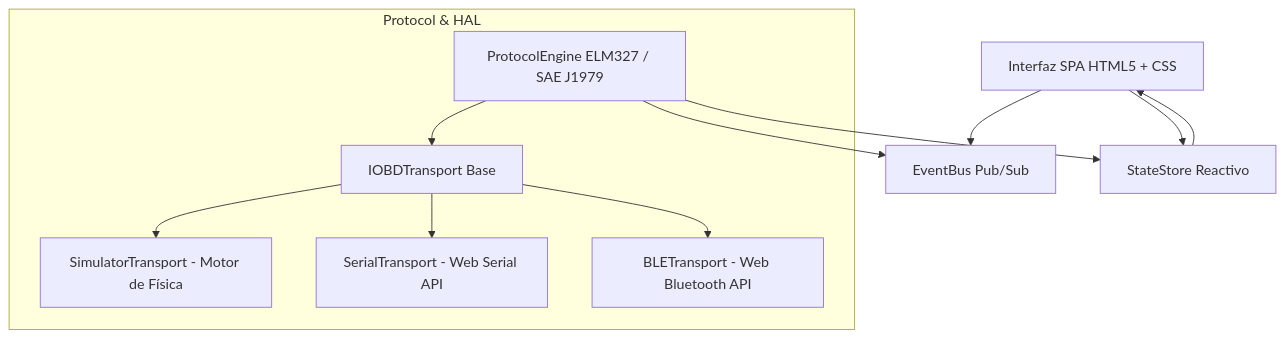
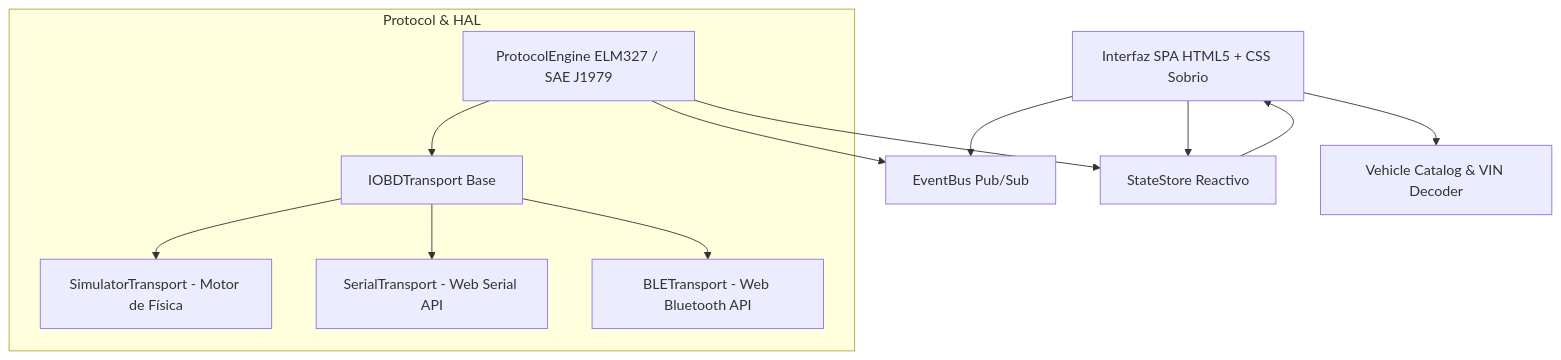
The diagram in README.md (cdcespon/HtmlOBD), drawn with Mermaid before and after one commit. The commit also changed other lines of this file and 12 other files, not shown here.

Commit message:
feat: renombrado a HtmlOBD, iconos sobrios monocromaticos, deteccion de VIN y modelos de Argentina

````diff
--- a/README.md
+++ b/README.md
@@ -61,16 +85,17 @@
 ```mermaid
 graph TD
-    UI[Interfaz SPA HTML5 + CSS] --> Bus[EventBus Pub/Sub]
+    UI[Interfaz SPA HTML5 + CSS Sobrio] --> Bus[EventBus Pub/Sub]
     UI --> Store[StateStore Reactivo]
+    UI --> Catalog[Vehicle Catalog & VIN Decoder]
     
     subgraph Protocol & HAL
       Engine[ProtocolEngine ELM327 / SAE J1979] --> Transport[IOBDTransport Base]
       Transport --> Sim[SimulatorTransport - Motor de Física]
       Transport --> Serial[SerialTransport - Web Serial API]
       Transport --> BLE[BLETransport - Web Bluetooth API]
     end
 
     Engine --> Store
     Engine --> Bus
     Store --> UI
 ```
````
